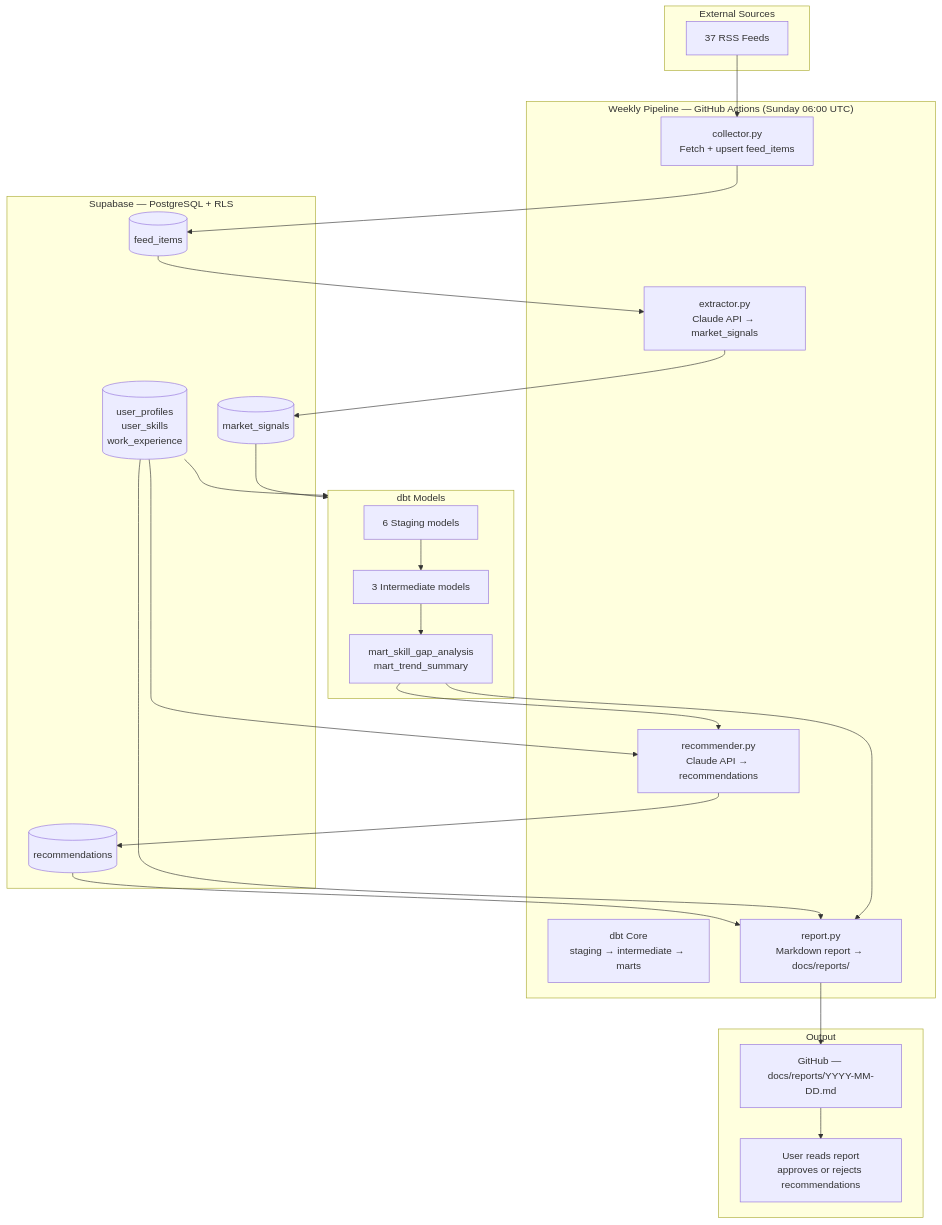
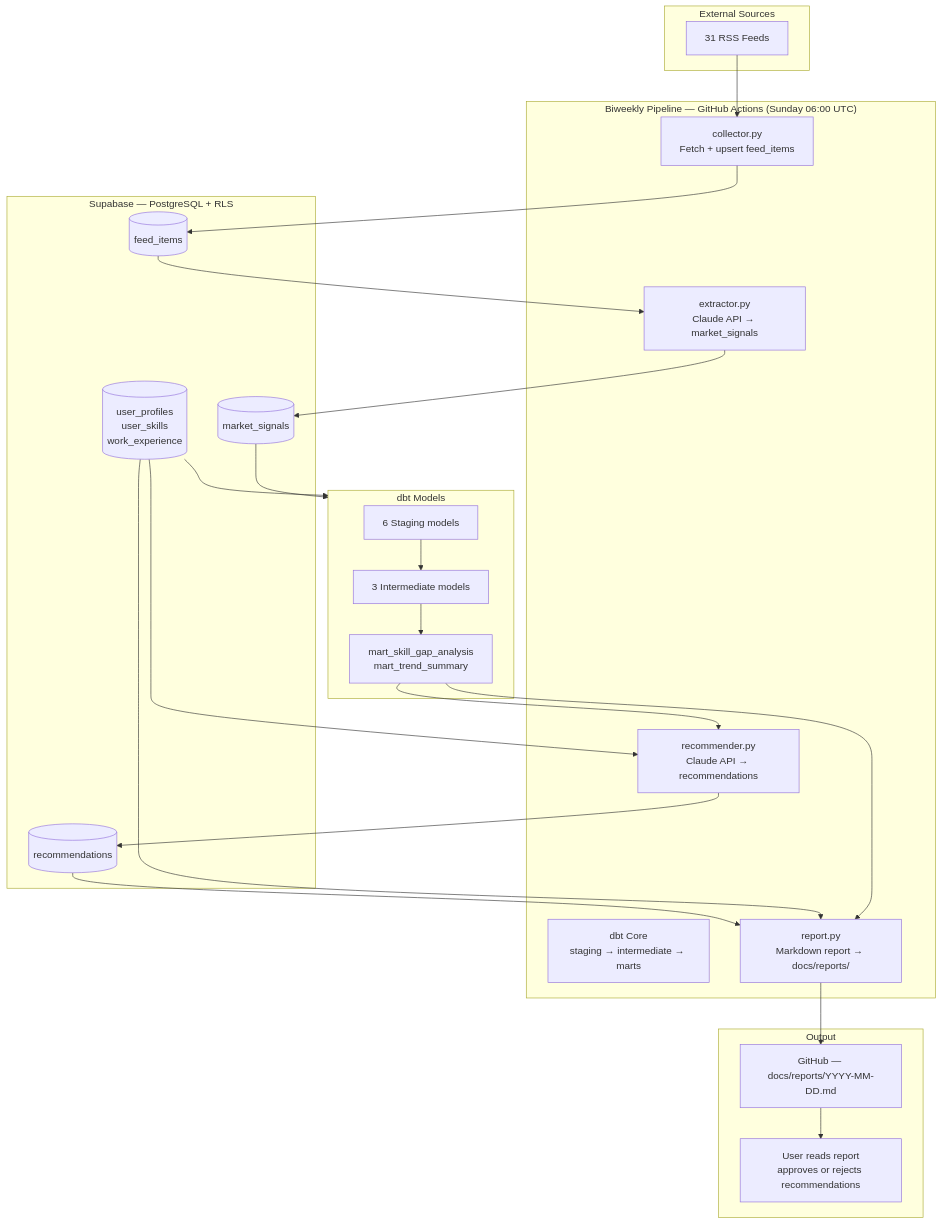
The diagram in docs/architecture/system-overview.md (romcamaky/DataPulse), drawn with Mermaid before and after one commit. The commit also changed other lines of this file, not shown here.

First line of the commit message:
docs: align system-overview with biweekly pipeline and 31 RSS feeds

````diff
--- a/docs/architecture/system-overview.md
+++ b/docs/architecture/system-overview.md
@@ -13,48 +13,48 @@
 ```mermaid
 flowchart TD
     subgraph Sources["External Sources"]
-        RSS[37 RSS Feeds]
+        RSS[31 RSS Feeds]
     end
 
-    subgraph Pipeline["Weekly Pipeline — GitHub Actions (Sunday 06:00 UTC)"]
+    subgraph Pipeline["Biweekly Pipeline — GitHub Actions (Sunday 06:00 UTC)"]
         COL[collector.py\nFetch + upsert feed_items]
         EXT[extractor.py\nClaude API → market_signals]
         DBT[dbt Core\nstaging → intermediate → marts]
         REC[recommender.py\nClaude API → recommendations]
         REP[report.py\nMarkdown report → docs/reports/]
     end
 
     subgraph DB["Supabase — PostgreSQL + RLS"]
         FI[(feed_items)]
         MS[(market_signals)]
         UP[(user_profiles\nuser_skills\nwork_experience)]
         RCM[(recommendations)]
     end
 
     subgraph DBT_Models["dbt Models"]
         STG[6 Staging models]
         INT[3 Intermediate models]
         MRT[mart_skill_gap_analysis\nmart_trend_summary]
     end
 
     subgraph Output["Output"]
         GH[GitHub — docs/reports/YYYY-MM-DD.md]
         USER[User reads report\napproves or rejects recommendations]
     end
 
     RSS --> COL
     COL --> FI
     FI --> EXT
     EXT --> MS
     UP --> DBT_Models
     MS --> DBT_Models
     STG --> INT --> MRT
     MRT --> REC
     UP --> REC
     REC --> RCM
     RCM --> REP
     UP --> REP
     MRT --> REP
     REP --> GH
     GH --> USER
 ```
````
